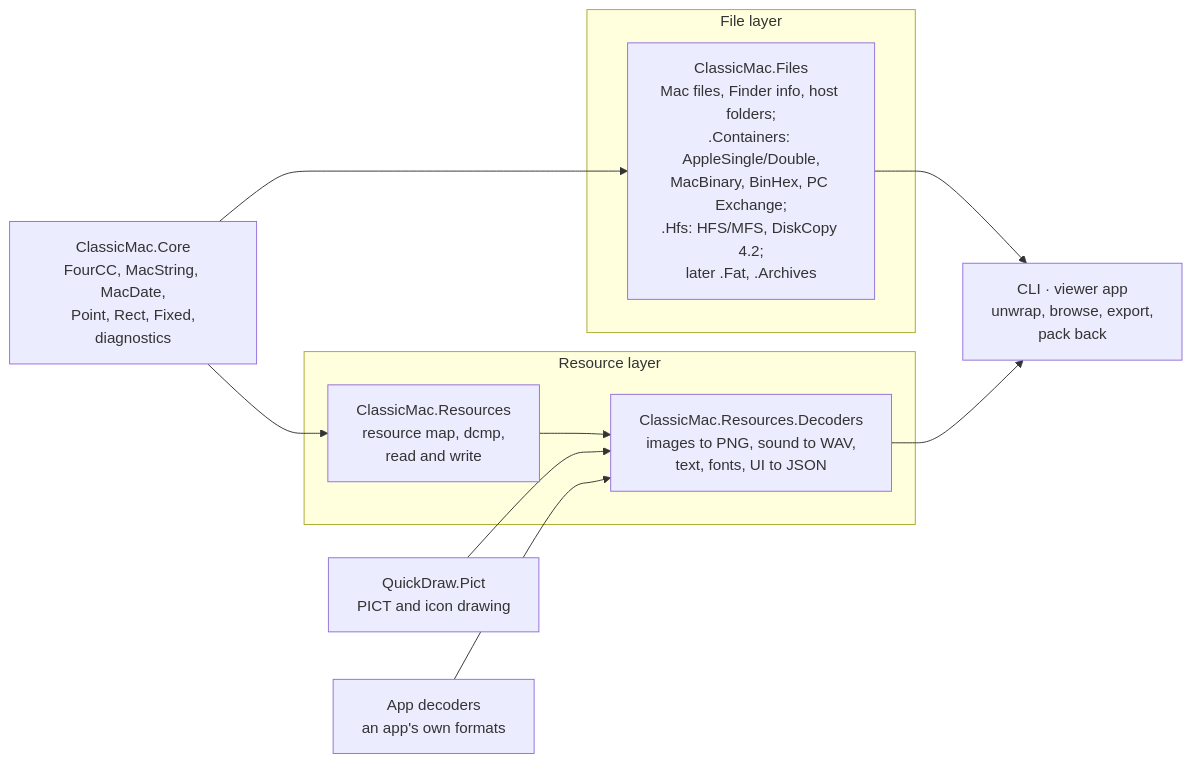
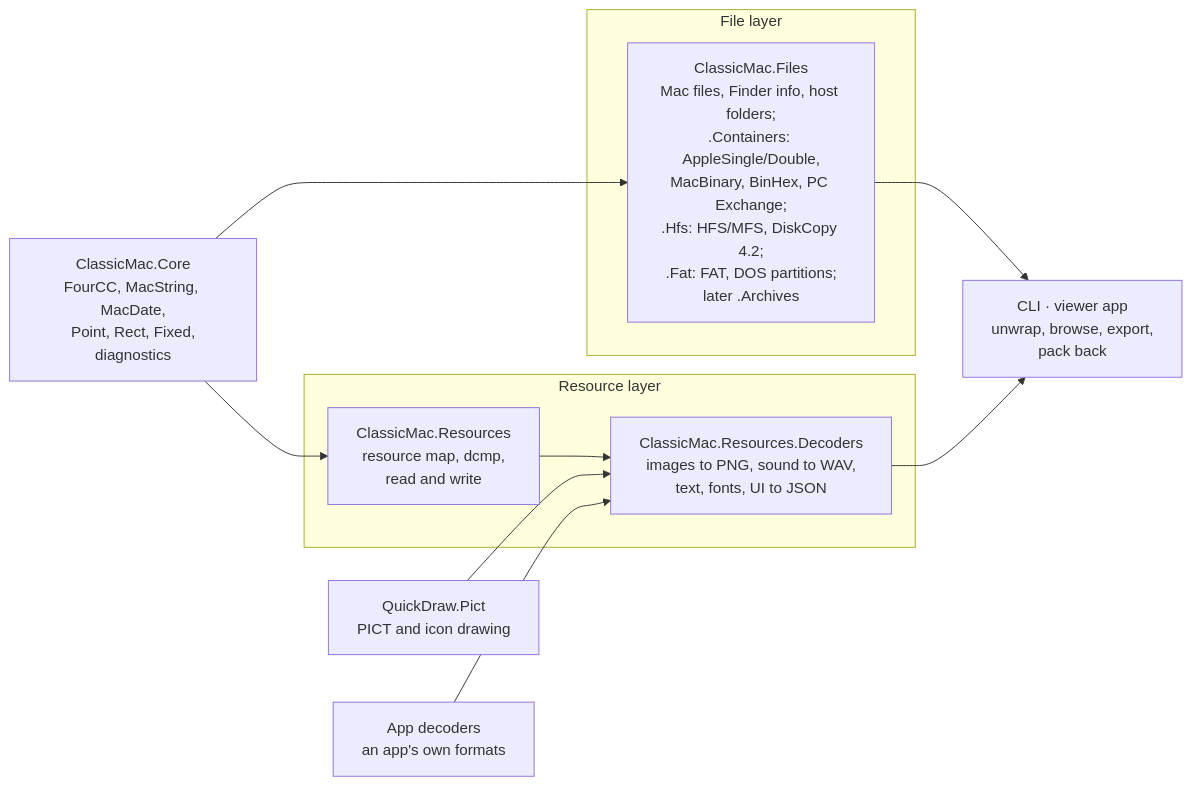
One commit to inexin/ClassicMac changed the diagram in docs/PLAN.md. Above: the diagram before and after it, drawn with Mermaid. The commit also changed other lines of this file and 1 other file, not shown here.

Commit message:
Docs: FAT reader and DOS partition tables

````diff
--- a/docs/PLAN.md
+++ b/docs/PLAN.md
@@ -277,17 +278,17 @@
 ```mermaid
 flowchart LR
     B["ClassicMac.Core<br/>FourCC, MacString, MacDate,<br/>Point, Rect, Fixed,<br/>diagnostics"]
     subgraph filelayer["File layer"]
-        F["ClassicMac.Files<br/>Mac files, Finder info, host folders;<br/>.Containers: AppleSingle/Double,<br/>MacBinary, BinHex, PC Exchange;<br/>.Hfs: HFS/MFS, DiskCopy 4.2;<br/>later .Fat, .Archives"]
+        F["ClassicMac.Files<br/>Mac files, Finder info, host folders;<br/>.Containers: AppleSingle/Double,<br/>MacBinary, BinHex, PC Exchange;<br/>.Hfs: HFS/MFS, DiskCopy 4.2;<br/>.Fat: FAT, DOS partitions;<br/>later .Archives"]
     end
     subgraph resourcelayer["Resource layer"]
         M["ClassicMac.Resources<br/>resource map, dcmp,<br/>read and write"]
         D["ClassicMac.Resources.Decoders<br/>images to PNG, sound to WAV,<br/>text, fonts, UI to JSON"]
     end
     E["CLI · viewer app<br/>unwrap, browse, export,<br/>pack back"]
     B --> F & M
     M --> D
     F & D --> E
     Q["QuickDraw.Pict<br/>PICT and icon drawing"] --> D
     A["App decoders<br/>an app's own formats"] --> D
 ```
````
